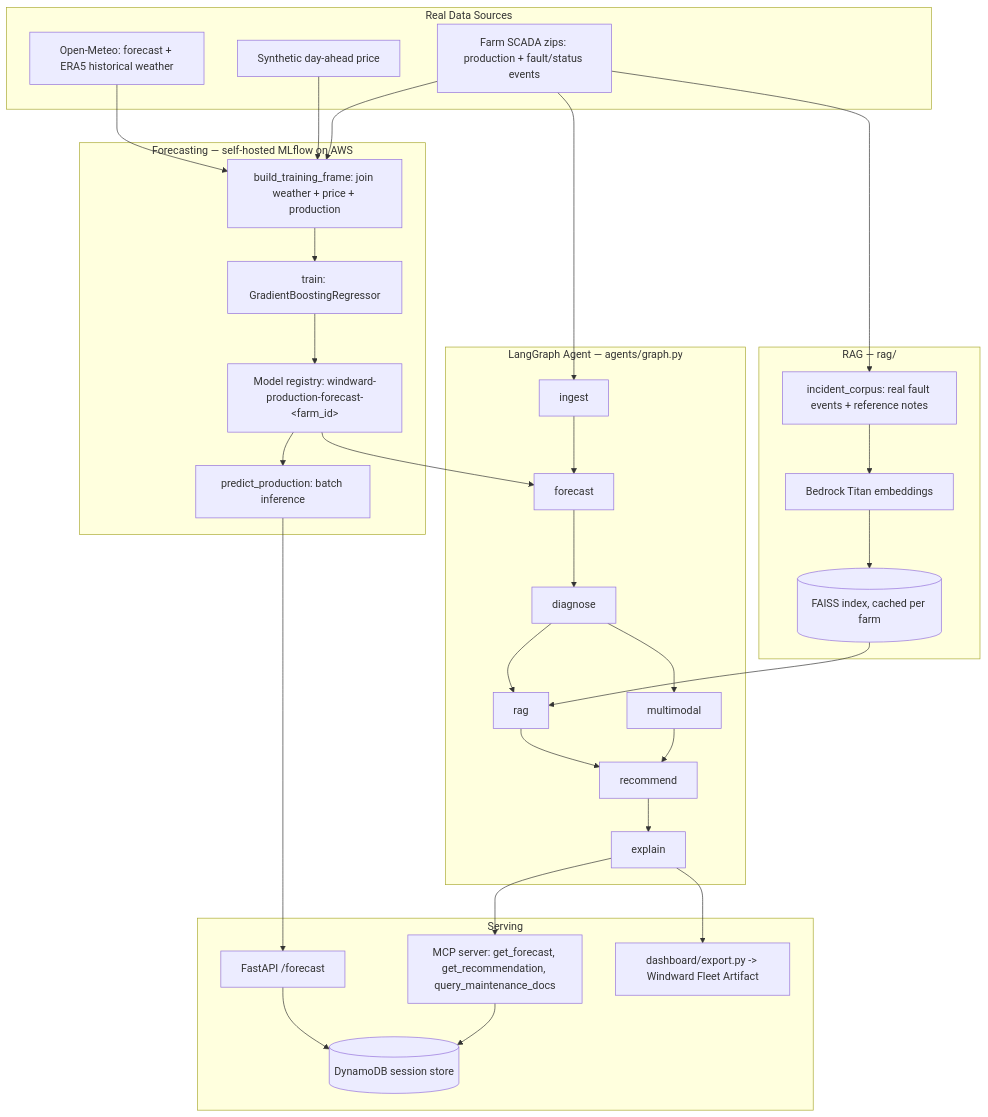
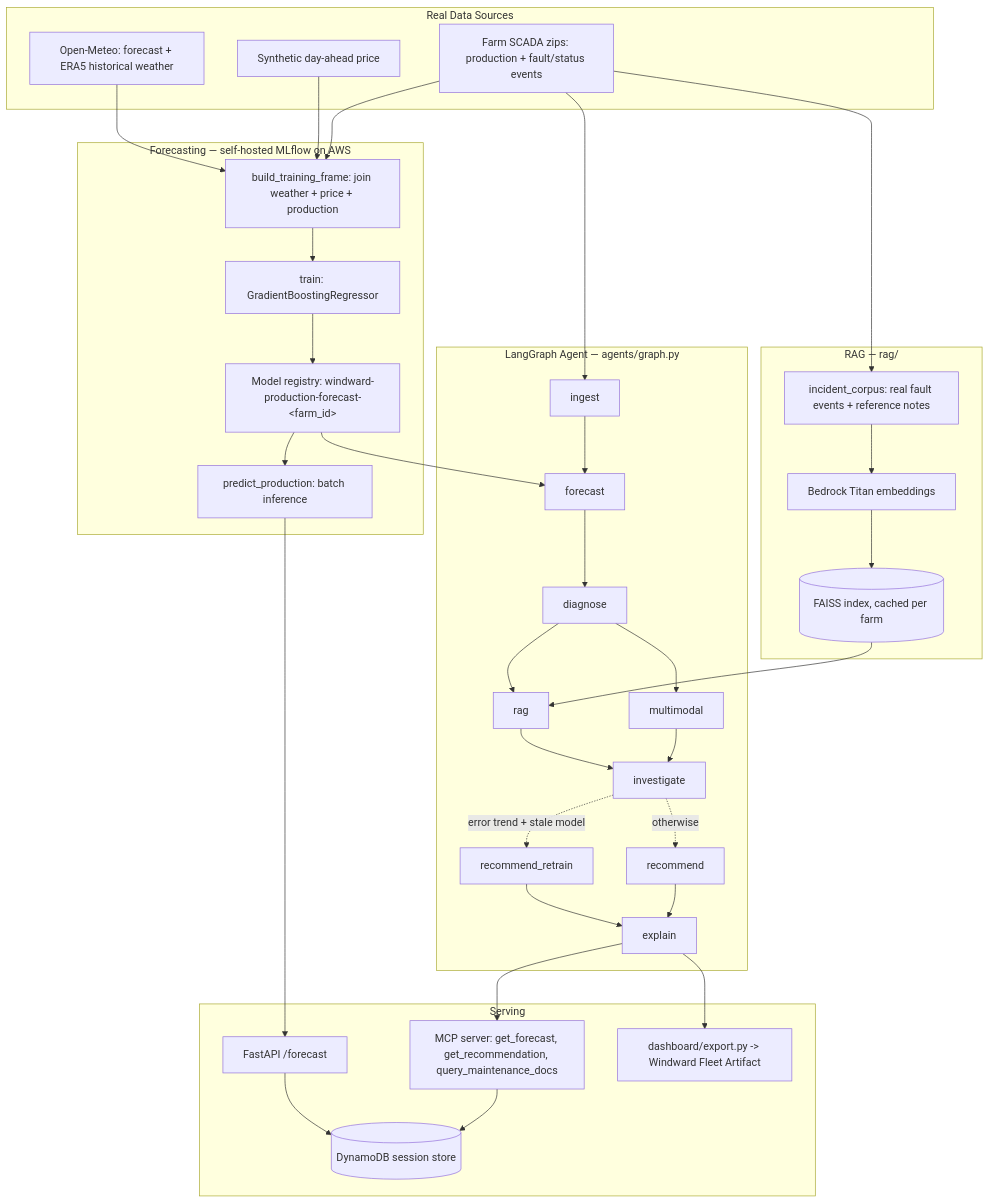
Before and after one commit to fborbon/windward: the first of 2 diagrams in README.md, drawn with Mermaid. The commit also changed other lines of this file and 6 other files, not shown here.

````diff
--- a/README.md
+++ b/README.md
@@ -58,54 +58,60 @@
 ```mermaid
 flowchart TD
     subgraph Sources [Real Data Sources]
         M[Open-Meteo: forecast + ERA5 historical weather]
         P[Synthetic day-ahead price]
         C[Farm SCADA zips: production + fault/status events]
     end
 
     subgraph Forecasting [Forecasting — self-hosted MLflow on AWS]
         F1[build_training_frame: join weather + price + production]
         F2[train: GradientBoostingRegressor]
         F3[Model registry: windward-production-forecast-&lt;farm_id&gt;]
         F4[predict_production: batch inference]
     end
 
     subgraph Agent [LangGraph Agent — agents/graph.py]
         A1[ingest]
         A2[forecast]
         A3[diagnose]
         A4[rag]
         A5[multimodal]
+        A6i[investigate]
         A6[recommend]
+        A6r[recommend_retrain]
         A7[explain]
     end
 
     subgraph RAGStack [RAG — rag/]
         R1[incident_corpus: real fault events + reference notes]
         R2[Bedrock Titan embeddings]
         R3[(FAISS index, cached per farm)]
     end
 
     subgraph Serving
         API[FastAPI /forecast]
         MCP[MCP server: get_forecast, get_recommendation, query_maintenance_docs]
         DASH[dashboard/export.py -&gt; Windward Fleet Artifact]
         SESS[(DynamoDB session store)]
     end
 
     M --> F1
     P --> F1
     C --> F1
     F1 --> F2 --> F3
     F3 --> F4 --> API
     F3 --> A2
     C --> A1
     C --> R1 --> R2 --> R3
     R3 --> A4
-    A1 --> A2 --> A3 --> A4 --> A6
-    A3 --> A5 --> A6 --> A7
+    A1 --> A2 --> A3 --> A4 --> A6i
+    A3 --> A5 --> A6i
+    A6i -.->|"error trend + stale model"| A6r
+    A6i -.->|"otherwise"| A6
+    A6 --> A7
+    A6r --> A7
     A7 --> MCP
     A7 --> DASH
     API --> SESS
     MCP --> SESS
 ```
````
